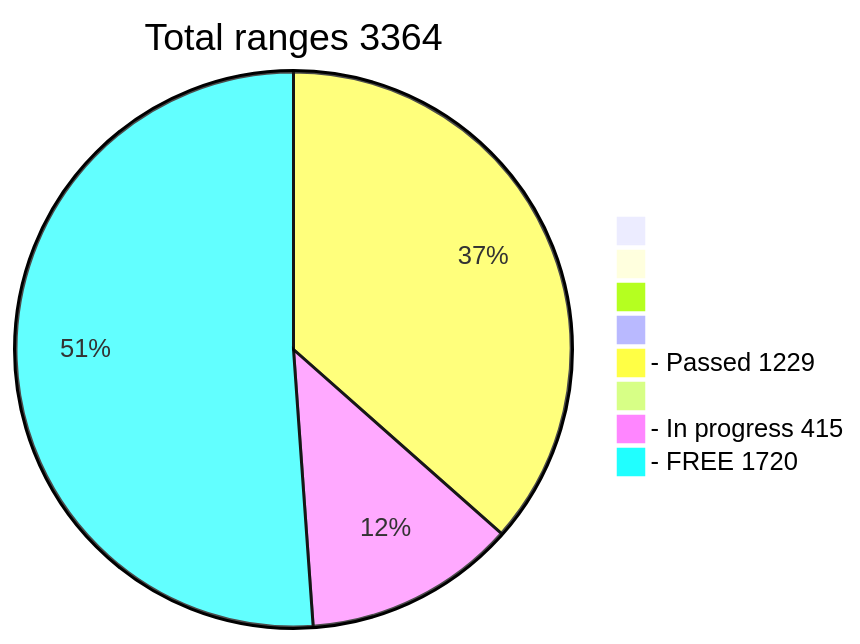
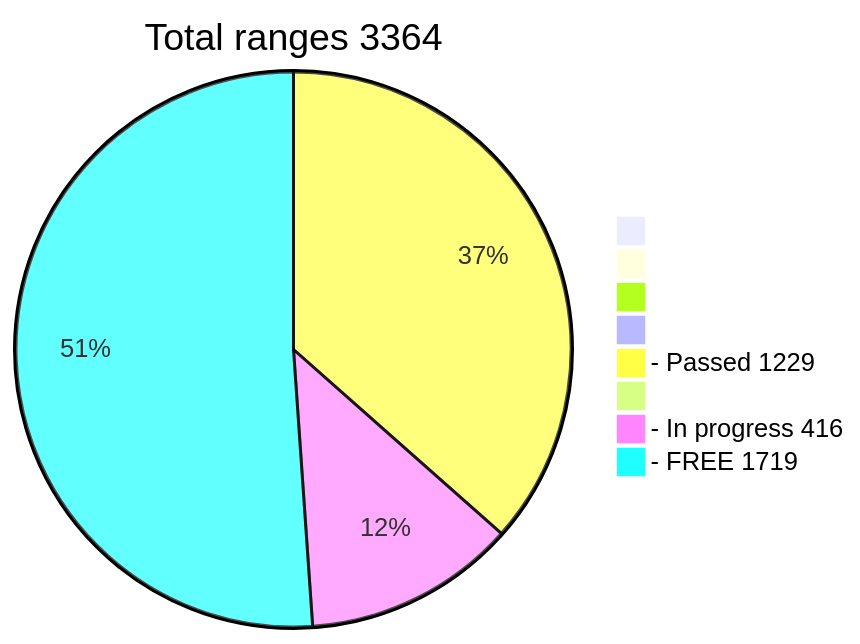
Before and after one commit to phrutis/wif500: the diagram in README.md, drawn with Mermaid.

````diff
--- a/README.md
+++ b/README.md
@@ -16,12 +16,12 @@
 ```mermaid
 pie title Total ranges 3364
              " " : 0
             "  " : 0
            "   " : 0
           "    " : 0
   "- Passed 1229" : 1229
          "     " : 0
-  "- In progress 415" : 415
-   "- FREE 1720" : 1720
+  "- In progress 416" : 416
+   "- FREE 1719" : 1719
    
 ```
````
